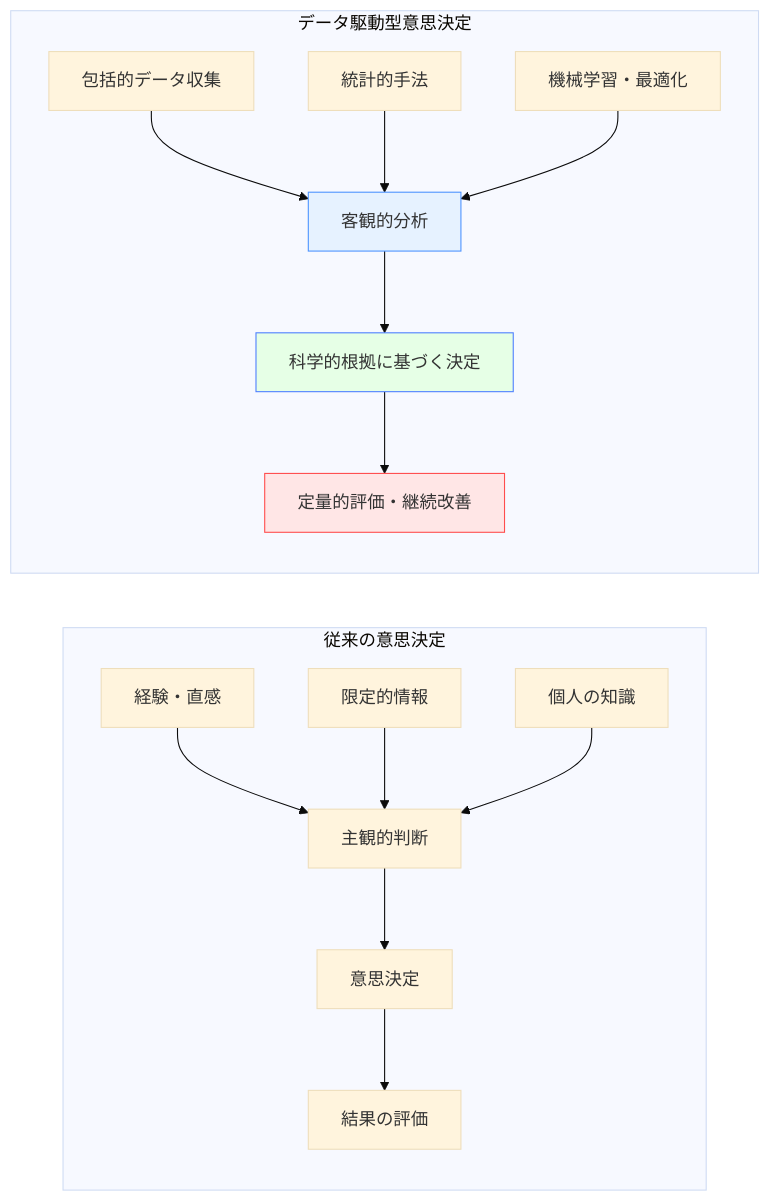
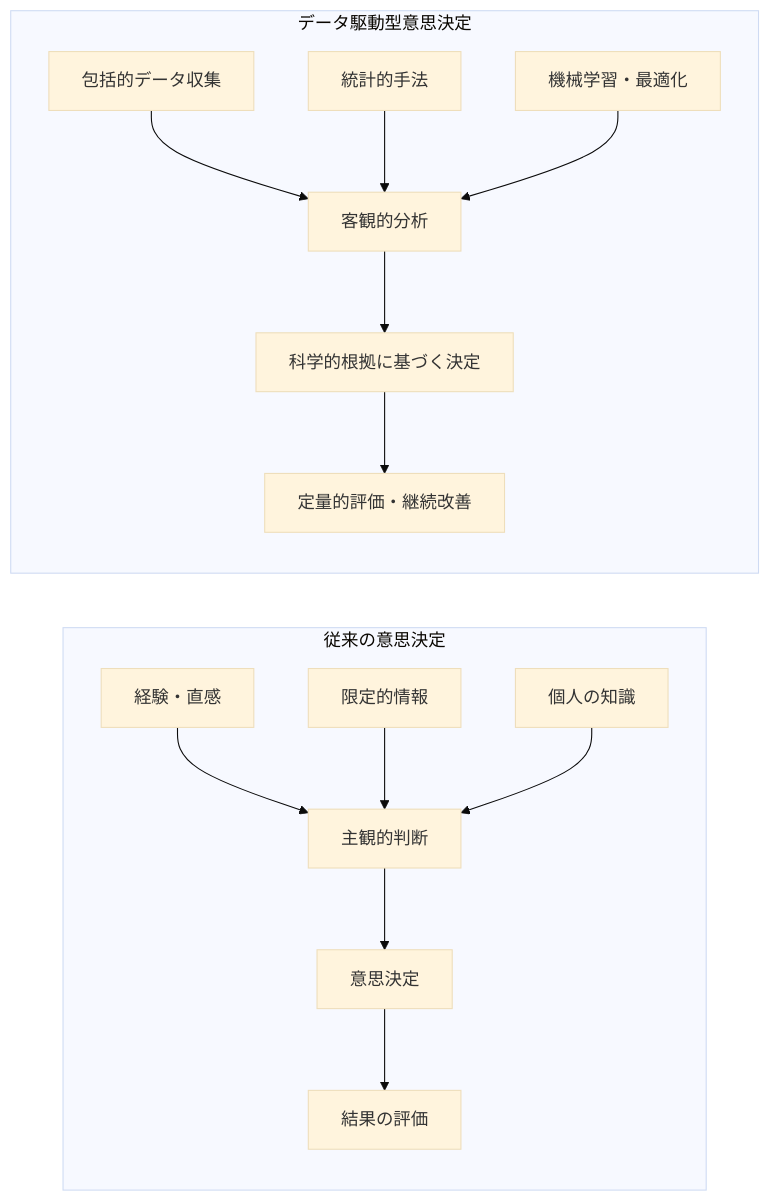
The first of 5 diagrams in docs/decision-making-guide/data-driven-decisions.md (shuji-bonji/Situational-Awareness-and-Decision-Making), drawn with Mermaid (base theme) before and after one commit. The commit also changed other lines of this file and 49 other files, not shown here.

Commit message:
fix: ダークモードで見づらい図の色の変更

````diff
--- a/docs/decision-making-guide/data-driven-decisions.md
+++ b/docs/decision-making-guide/data-driven-decisions.md
@@ -18,22 +18,22 @@
 ```mermaid
 graph LR
     subgraph "従来の意思決定"
         A1[経験・直感] --> B1[主観的判断]
         A2[限定的情報] --> B1
         A3[個人の知識] --> B1
         B1 --> C1[意思決定]
         C1 --> D1[結果の評価]
     end
     
     subgraph "データ駆動型意思決定"
         A4[包括的データ収集] --> B2[客観的分析]
         A5[統計的手法] --> B2
         A6[機械学習・最適化] --> B2
         B2 --> C2[科学的根拠に基づく決定]
         C2 --> D2[定量的評価・継続改善]
     end
     
-    style B2 fill:#e6f2ff,stroke:#4d94ff
-    style C2 fill:#e6ffe6,stroke:#4d7fff
-    style D2 fill:#ffe6e6,stroke:#ff4d4d
+
+
+
 ```
````
